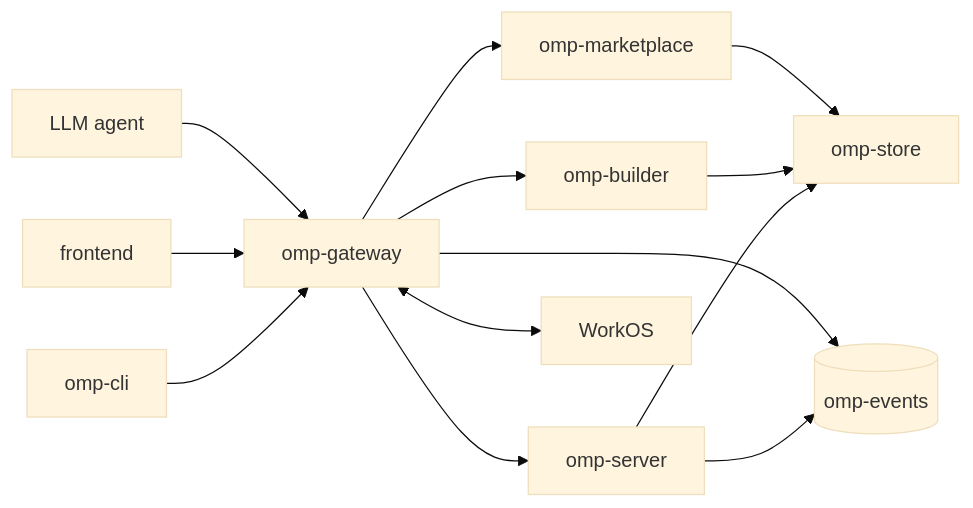
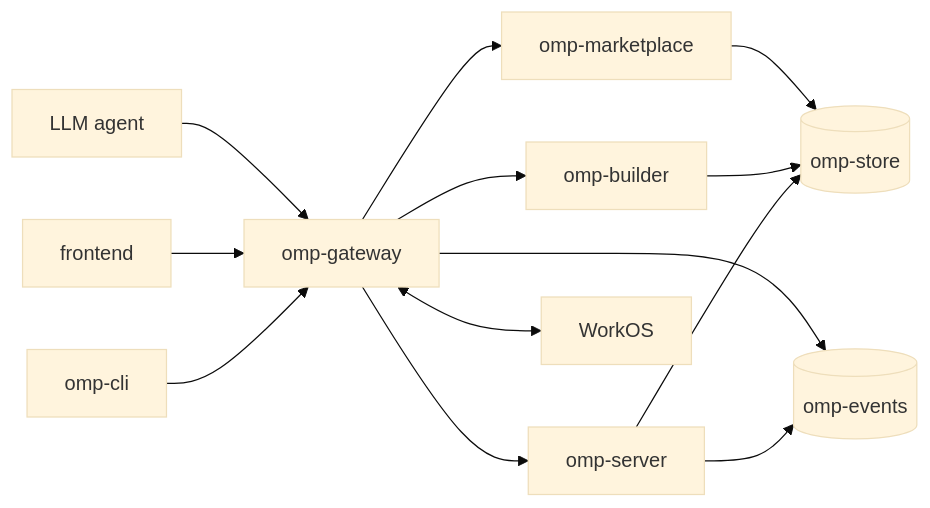
The diagram in docs/micro_arch.md (CutieillFusion/OpenMemoryProtocol), drawn with Mermaid (base theme) before and after one commit.

Commit message:
small update

````diff
--- a/docs/micro_arch.md
+++ b/docs/micro_arch.md
@@ -3,31 +3,31 @@
 ```mermaid
 flowchart LR
     CLI["omp-cli"]
     UI["frontend"]
     Agent["LLM agent"]
 
     GW["omp-gateway"]
     Server["omp-server"]
-    Store["omp-store"]
+    Store[("omp-store")]
     Builder["omp-builder"]
     Market["omp-marketplace"]
 
     Kafka[("omp-events")]
     WorkOS["WorkOS"]
 
     CLI --> GW
     UI --> GW
     Agent --> GW
 
     GW --> Server
     GW --> Builder
     GW --> Market
     GW <--> WorkOS
 
     Server --> Store
     Builder --> Store
     Market --> Store
 
     Server --> Kafka
     GW --> Kafka
 ```
````
